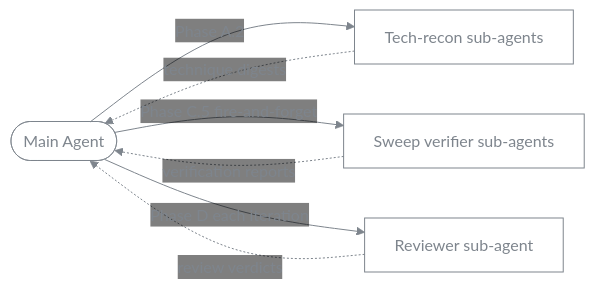
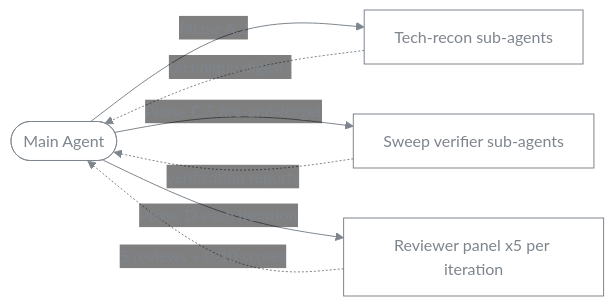
The second of 2 diagrams in README.md (ChristianYang37/DLT-Proof-Writing-Skill), drawn with Mermaid before and after one commit. The commit also changed other lines of this file and 357 other files, not shown here.

````diff
--- a/README.md
+++ b/README.md
@@ -67,14 +69,14 @@
 ```mermaid
 %%{init: {'theme':'base','themeVariables':{'primaryColor':'transparent','primaryTextColor':'#7e858d','primaryBorderColor':'#7e858d','lineColor':'#7e858d','secondaryColor':'transparent','tertiaryColor':'transparent'}}}%%
 flowchart LR
     Main([Main Agent])
     Sub1[Tech-recon sub-agents]
     Sub2[Sweep verifier sub-agents]
-    Sub3[Reviewer sub-agent]
+    Sub3[Reviewer panel x5 per iteration]
     Main -->|Phase A.2| Sub1
     Main -->|Phase C.5 fire-and-forget| Sub2
     Main -->|Phase D each iteration| Sub3
     Sub1 -.->|technique digests| Main
     Sub2 -.->|verification reports| Main
-    Sub3 -.->|review verdicts| Main
+    Sub3 -.->|5 reviews + 0-10 scores| Main
 ```
````
